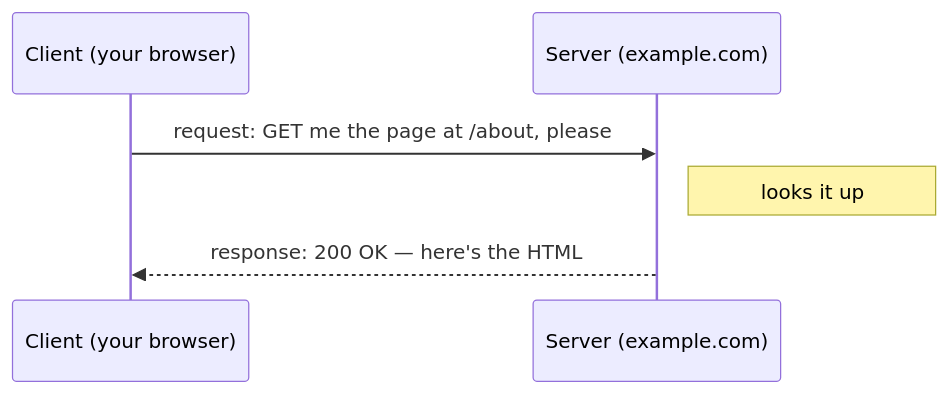
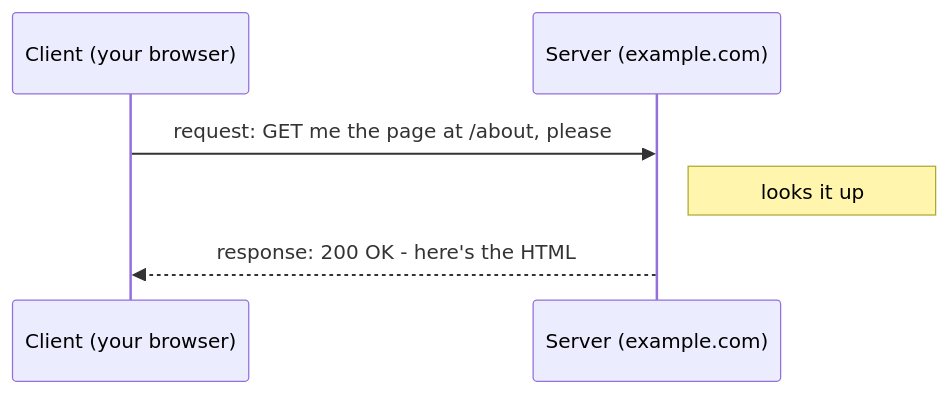
The diagram in guides/networking/http-explained/01-request-and-response.md (Topurrra/themissingmanual), drawn with Mermaid before and after one commit. The commit also changed other lines of this file and 1072 other files, not shown here.

````diff
--- a/guides/networking/http-explained/01-request-and-response.md
+++ b/guides/networking/http-explained/01-request-and-response.md
@@ -39,8 +39,8 @@
 ```mermaid
 sequenceDiagram
   participant Client as Client (your browser)
   participant Server as Server (example.com)
   Client->>Server: request: GET me the page at /about, please
   Note right of Server: looks it up
-  Server-->>Client: response: 200 OK — here's the HTML
+  Server-->>Client: response: 200 OK - here's the HTML
 ```
````
